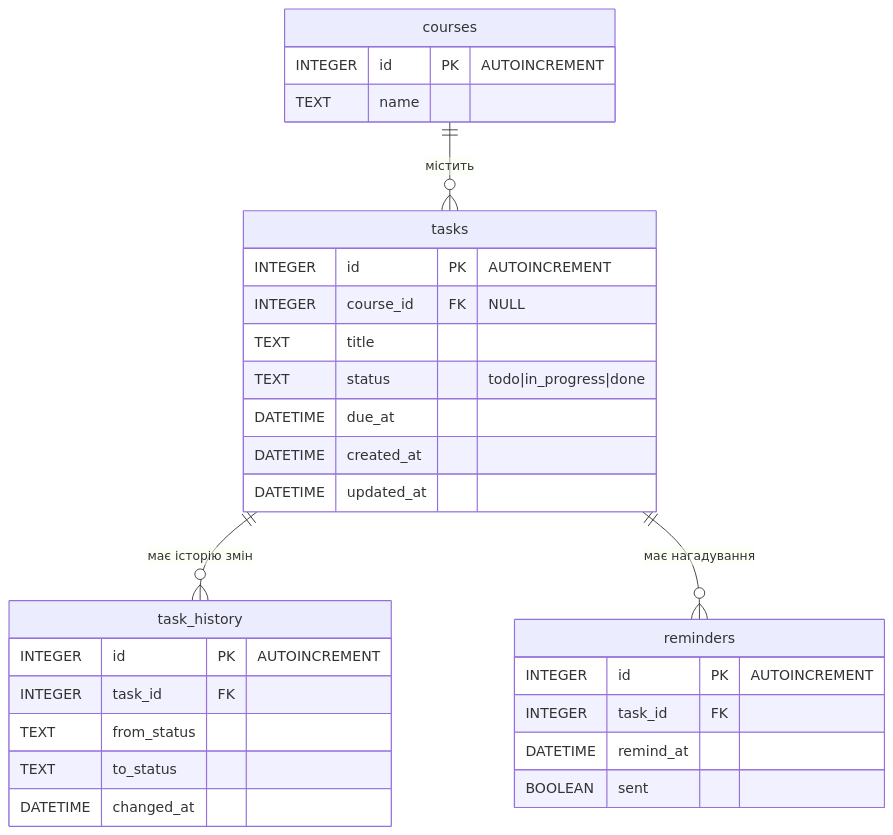
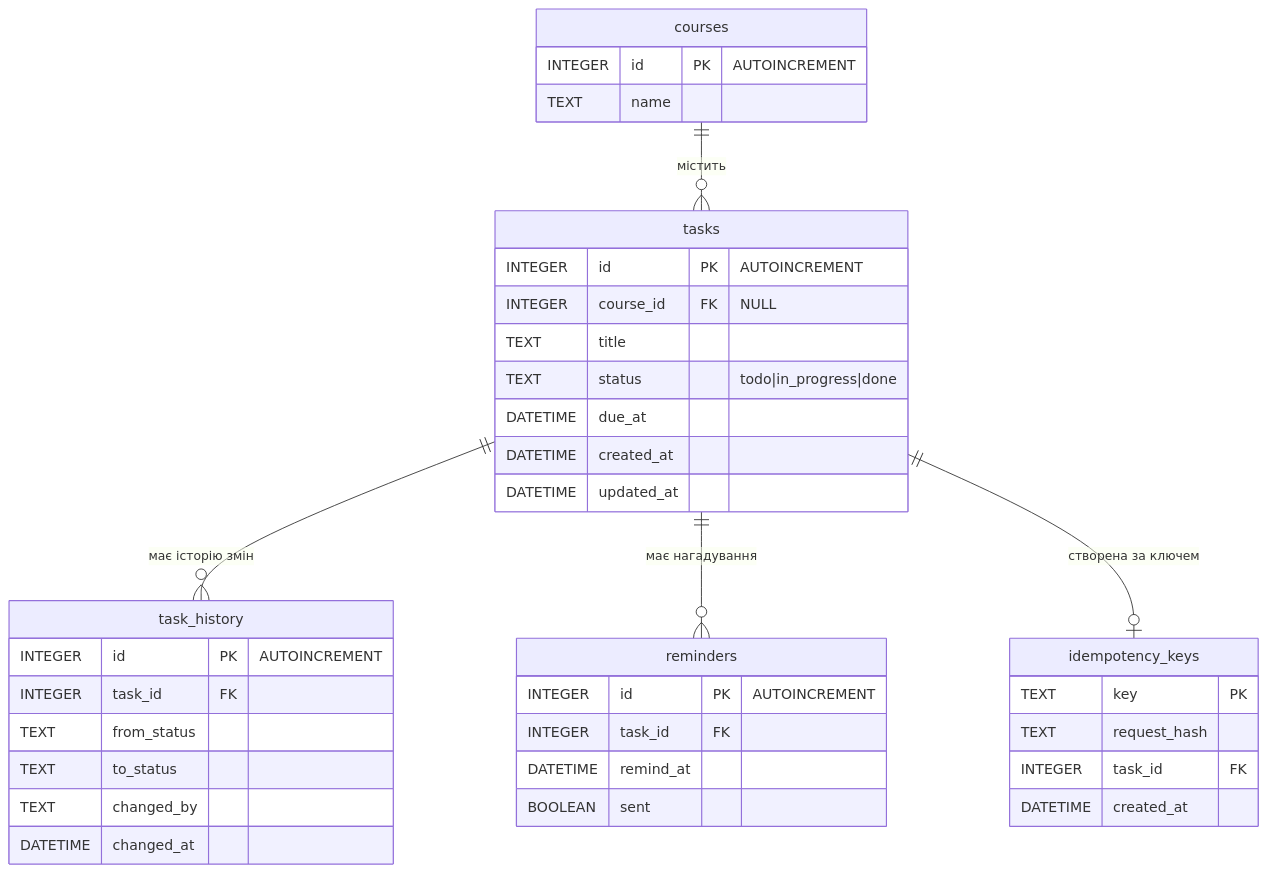
The diagram in standards/spec.md (respekttt/deadlinemanager), drawn with Mermaid before and after one commit. The commit also changed other lines of this file and 1 other file, not shown here.

````diff
--- a/standards/spec.md
+++ b/standards/spec.md
@@ -64,36 +76,45 @@
 ```mermaid
 erDiagram
     courses ||--o{ tasks : "містить"
     tasks ||--o{ task_history : "має історію змін"
     tasks ||--o{ reminders : "має нагадування"
+    tasks ||--o| idempotency_keys : "створена за ключем"
 
     courses {
         INTEGER id PK "AUTOINCREMENT"
         TEXT name
     }
 
     tasks {
         INTEGER id PK "AUTOINCREMENT"
         INTEGER course_id FK "NULL"
         TEXT title
         TEXT status "todo|in_progress|done"
         DATETIME due_at
         DATETIME created_at
         DATETIME updated_at
     }
 
     task_history {
         INTEGER id PK "AUTOINCREMENT"
         INTEGER task_id FK
         TEXT from_status
         TEXT to_status
+        TEXT changed_by
         DATETIME changed_at
+    }
+
+    idempotency_keys {
+        TEXT key PK
+        TEXT request_hash
+        INTEGER task_id FK
+        DATETIME created_at
     }
 
     reminders {
         INTEGER id PK "AUTOINCREMENT"
         INTEGER task_id FK
         DATETIME remind_at
         BOOLEAN sent
     }
 ```
````
